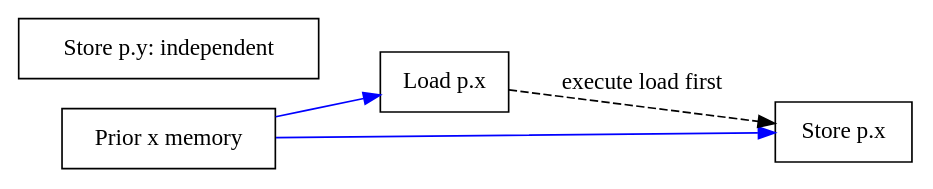
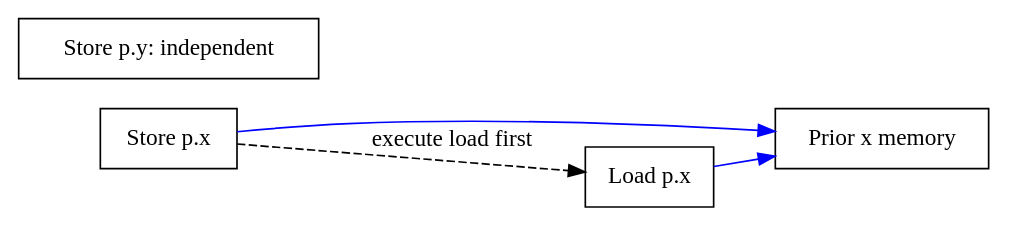
Before and after one commit to SeaOfNodes/Simple: the diagram in chapter10b/docs/example2c.gv, drawn with Graphviz. The commit also changed 17 other files, not shown here.

```diff
--- a/chapter10b/docs/example2c.gv
+++ b/chapter10b/docs/example2c.gv
@@ -1,10 +1,10 @@
 digraph Memory {
   rankdir=LR;
   node [shape=box];
   M [label="Prior x memory"];
   L [label="Load p.x"];
   S [label="Store p.x"];
-  M -> L [color=blue]; M -> S [color=blue];
-  L -> S [style=dashed,label="execute load first"];
+  L -> M [color=blue]; S -> M [color=blue];
+  S -> L [style=dashed,label="execute load first"];
   Y [label="Store p.y: independent"];
 }
```
